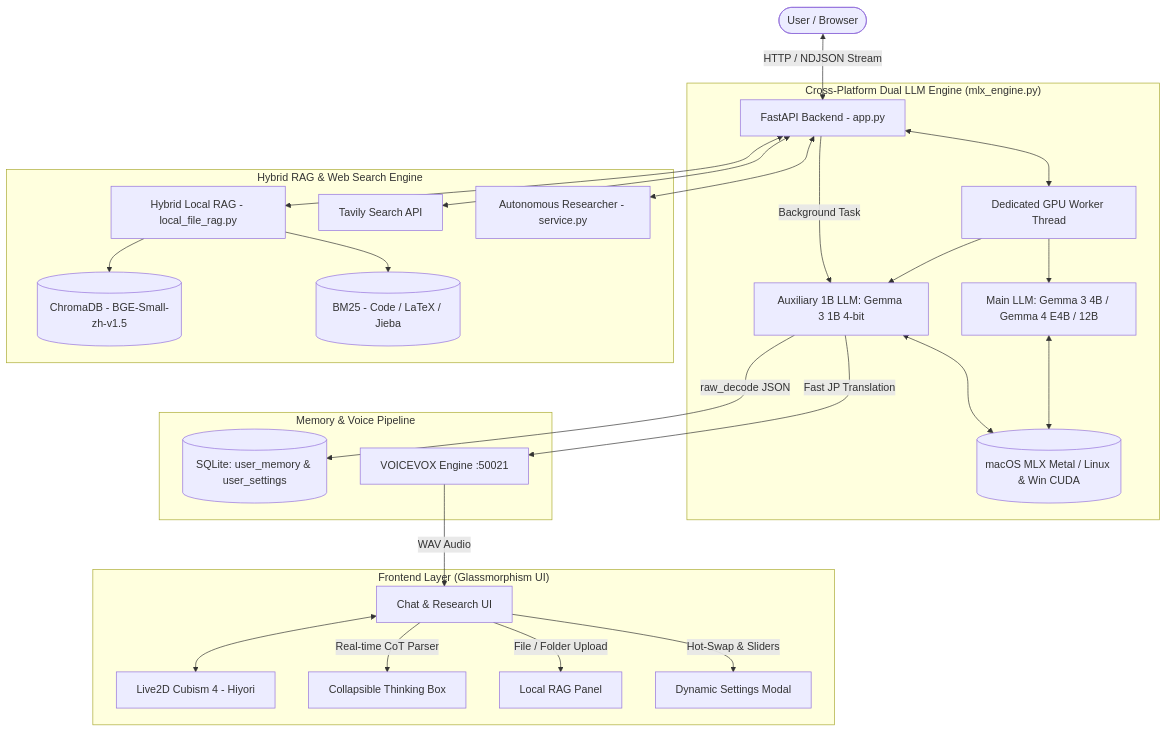
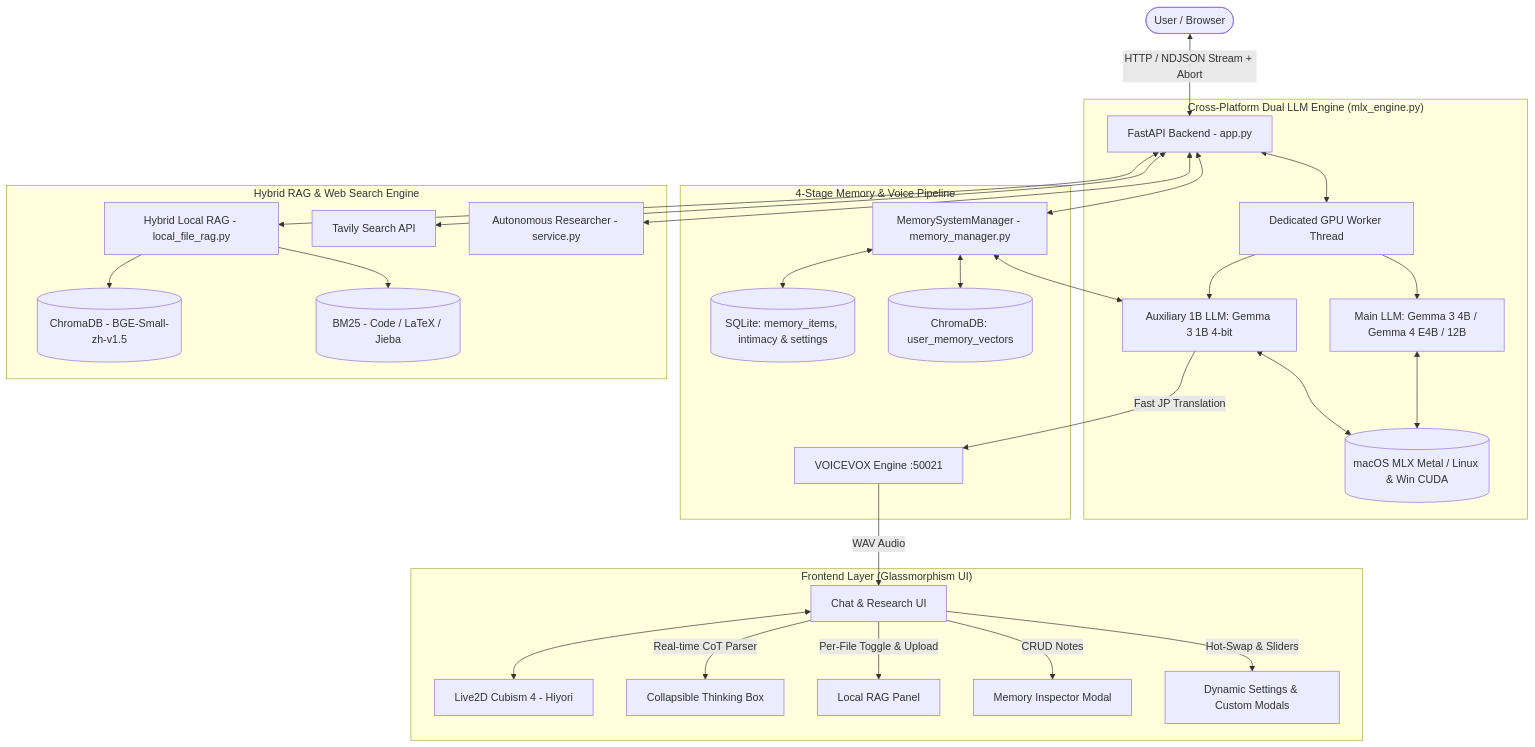
The diagram in README.md (Gabriel0w0/Tsukuyomi-Chat), drawn with Mermaid before and after one commit. The commit also changed other lines of this file, not shown here.

````diff
--- a/README.md
+++ b/README.md
@@ -41,34 +45,38 @@
 ```mermaid
 graph TD
-    User([User / Browser]) <-->|HTTP / NDJSON Stream| API[FastAPI Backend - app.py]
+    User([User / Browser]) <-->|HTTP / NDJSON Stream + Abort| API[FastAPI Backend - app.py]
 
     subgraph "Frontend Layer (Glassmorphism UI)"
         UI[Chat & Research UI] <--> Live2D[Live2D Cubism 4 - Hiyori]
         UI -->|Real-time CoT Parser| CoT[Collapsible Thinking Box]
-        UI -->|File / Folder Upload| LocalDrop[Local RAG Panel]
-        UI -->|Hot-Swap & Sliders| Settings[Dynamic Settings Modal]
+        UI -->|Per-File Toggle & Upload| LocalDrop[Local RAG Panel]
+        UI -->|CRUD Notes| MemUI[Memory Inspector Modal]
+        UI -->|Hot-Swap & Sliders| Settings[Dynamic Settings & Custom Modals]
     end
 
     subgraph "Cross-Platform Dual LLM Engine (mlx_engine.py)"
         API <--> Worker[Dedicated GPU Worker Thread]
         Worker --> MainLLM[Main LLM: Gemma 3 4B / Gemma 4 E4B / 12B]
         Worker --> AuxLLM[Auxiliary 1B LLM: Gemma 3 1B 4-bit]
         MainLLM <--> Hardware[(macOS MLX Metal / Linux & Win CUDA)]
         AuxLLM <--> Hardware
     end
 
-    subgraph "Memory & Voice Pipeline"
-        API -->|Background Task| AuxLLM
-        AuxLLM -->|raw_decode JSON| SQLite[(SQLite: user_memory & user_settings)]
+    subgraph "4-Stage Memory & Voice Pipeline"
+        API <--> MemSys[MemorySystemManager - memory_manager.py]
+        MemSys <--> AuxLLM
+        MemSys <--> SQLite[(SQLite: memory_items, intimacy & settings)]
+        MemSys <--> MemVec[(ChromaDB: user_memory_vectors)]
         AuxLLM -->|Fast JP Translation| TTS[VOICEVOX Engine :50021]
         TTS -->|WAV Audio| UI
     end
 
     subgraph "Hybrid RAG & Web Search Engine"
         API <--> LocalRAG[Hybrid Local RAG - local_file_rag.py]
         LocalRAG --> Chroma[(ChromaDB - BGE-Small-zh-v1.5)]
         LocalRAG --> BM25[(BM25 - Code / LaTeX / Jieba)]
         API <--> Tavily[Tavily Search API]
         API <--> Research[Autonomous Researcher - service.py]
     end
+
 ```
````
